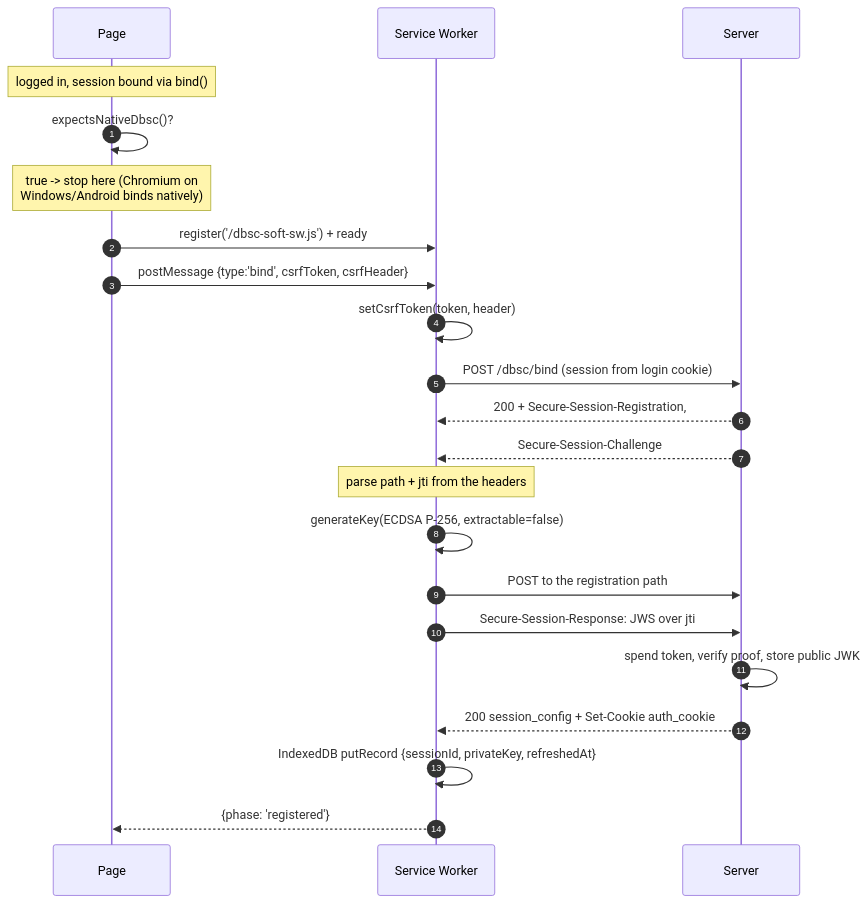
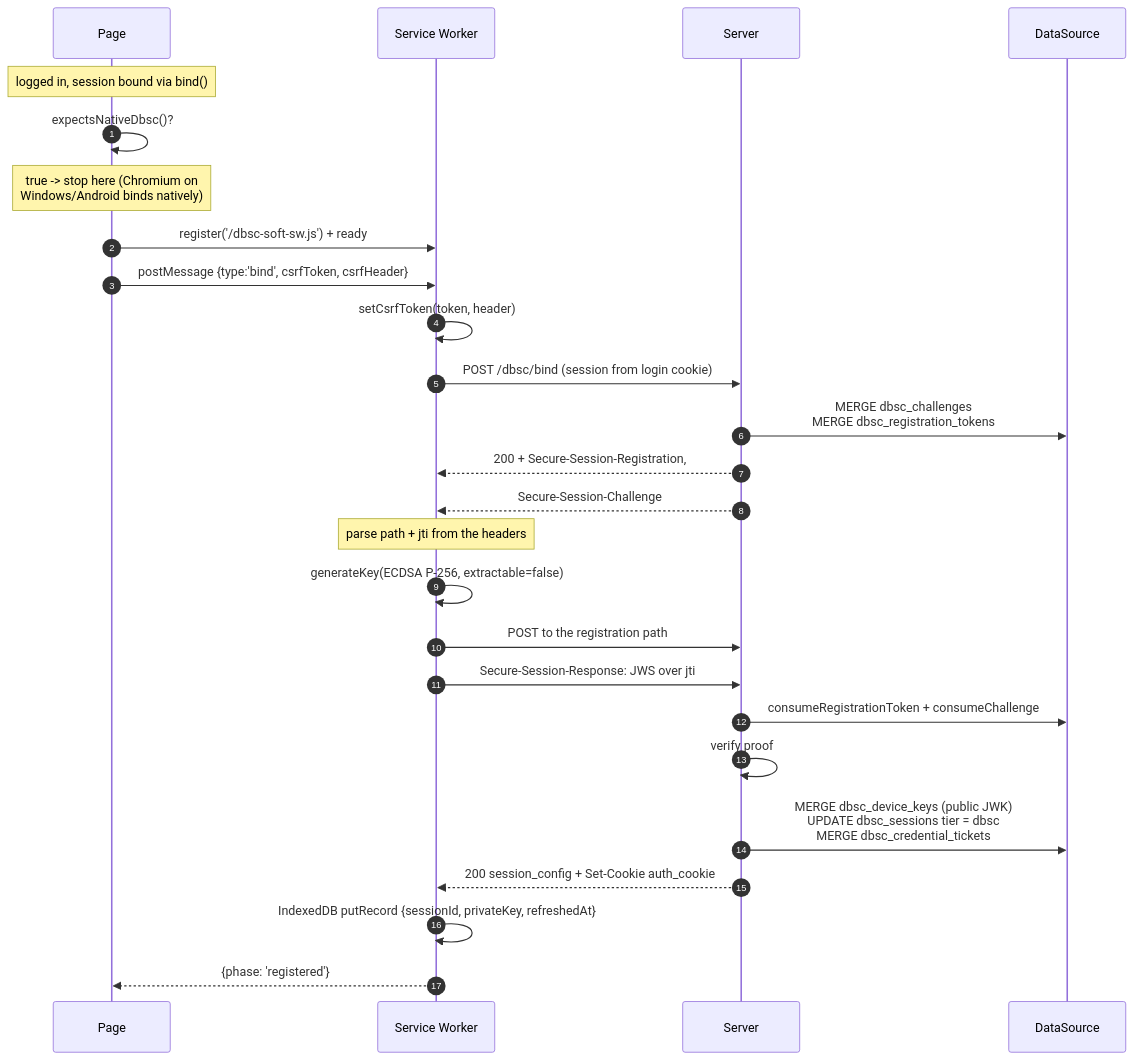
The ninth of 12 diagrams in README.md (yuukioosaka/spring-dbsc), drawn with Mermaid before and after one commit. The commit also changed other lines of this file, not shown here.

First line of the commit message:
README: fix the login/registration cookie story and add storage to the diagrams

````diff
--- a/README.md
+++ b/README.md
@@ -1414,25 +1465,29 @@
 ```mermaid
 sequenceDiagram
     autonumber
     participant P as Page
     participant W as Service Worker
     participant S as Server
+    participant D as DataSource
 
     Note over P: logged in, session bound via bind()
     P->>P: expectsNativeDbsc()?
     Note over P: true -> stop here (Chromium on<br/>Windows/Android binds natively)
     P->>W: register('/dbsc-soft-sw.js') + ready
     P->>W: postMessage {type:'bind', csrfToken, csrfHeader}
     W->>W: setCsrfToken(token, header)
     W->>S: POST /dbsc/bind  (session from login cookie)
+    S->>D: MERGE dbsc_challenges<br/>MERGE dbsc_registration_tokens
     S-->>W: 200 + Secure-Session-Registration,
     S-->>W: Secure-Session-Challenge
     Note over W: parse path + jti from the headers
     W->>W: generateKey(ECDSA P-256, extractable=false)
     W->>S: POST to the registration path
     W->>S: Secure-Session-Response: JWS over jti
-    S->>S: spend token, verify proof, store public JWK
+    S->>D: consumeRegistrationToken + consumeChallenge
+    S->>S: verify proof
+    S->>D: MERGE dbsc_device_keys (public JWK)<br/>UPDATE dbsc_sessions tier = dbsc<br/>MERGE dbsc_credential_tickets
     S-->>W: 200 session_config + Set-Cookie auth_cookie
     W->>W: IndexedDB putRecord {sessionId, privateKey, refreshedAt}
     W-->>P: {phase: 'registered'}
 ```
````
